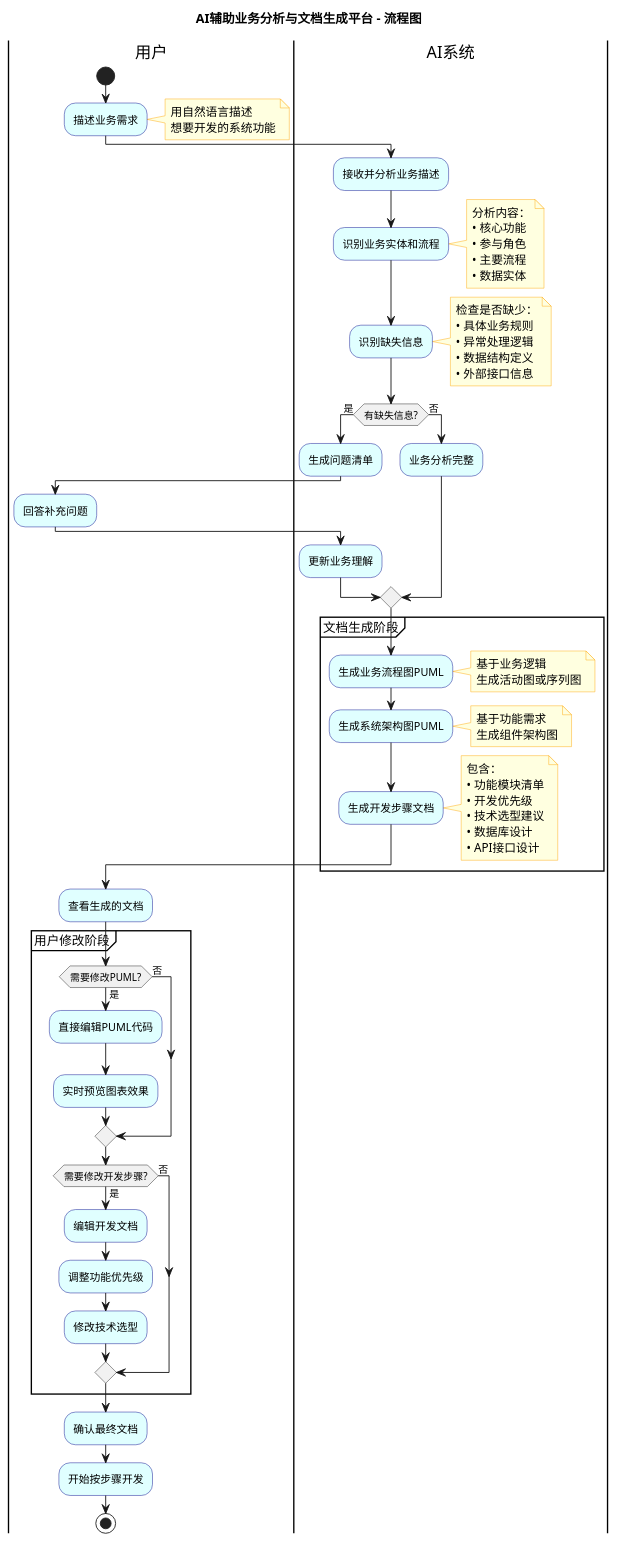
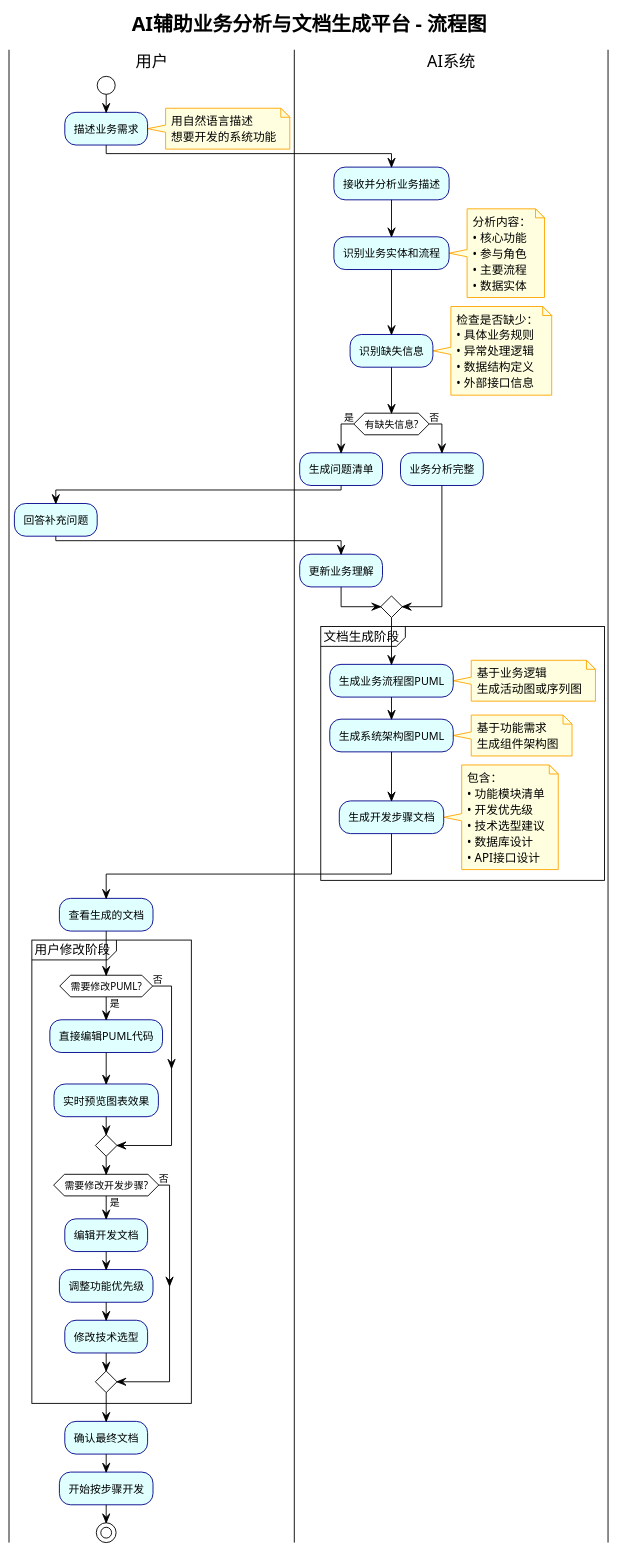
The diagram in design/business_flow.puml (lizhongxuan/plantcode), drawn with PlantUML before and after one commit. The commit also changed 12 other files, not shown here.

```diff
--- a/design/business_flow.puml
+++ b/design/business_flow.puml
@@ -1,96 +1,98 @@
 @startuml 业务流程图
+!theme plain
+skinparam defaultFontName "SimHei,Microsoft YaHei,PingFang SC,Hiragino Sans GB,WenQuanYi Micro Hei,sans-serif"
 title AI辅助业务分析与文档生成平台 - 流程图
 
 |用户|
 start
 :描述业务需求;
 note right : 用自然语言描述\n想要开发的系统功能
 
 |AI系统|
 :接收并分析业务描述;
 :识别业务实体和流程;
 note right
   分析内容：
   • 核心功能
   • 参与角色
   • 主要流程
   • 数据实体
 end note
 
 :识别缺失信息;
 note right
   检查是否缺少：
   • 具体业务规则
   • 异常处理逻辑
   • 数据结构定义
   • 外部接口信息
 end note
 
 if (有缺失信息?) then (是)
   :生成问题清单;
   |用户|
   :回答补充问题;
   |AI系统|
   :更新业务理解;
 else (否)
   :业务分析完整;
 endif
 
 partition "文档生成阶段" {
   :生成业务流程图PUML;
   note right : 基于业务逻辑\n生成活动图或序列图
   
   :生成系统架构图PUML;
   note right : 基于功能需求\n生成组件架构图
   
   :生成开发步骤文档;
   note right
     包含：
     • 功能模块清单
     • 开发优先级
     • 技术选型建议
     • 数据库设计
     • API接口设计
   end note
 }
 
 |用户|
 :查看生成的文档;
 
 partition "用户修改阶段" {
   if (需要修改PUML?) then (是)
     :直接编辑PUML代码;
     :实时预览图表效果;
   else (否)
   endif
   
   if (需要修改开发步骤?) then (是)
     :编辑开发文档;
     :调整功能优先级;
     :修改技术选型;
   else (否)
   endif
 }
 
 :确认最终文档;
 :开始按步骤开发;
 stop
 
 ' 样式定义
 skinparam activity {
   BackgroundColor lightcyan
   BorderColor darkblue
   FontSize 12
 }
 
 skinparam partition {
   BackgroundColor lightgray
   BorderColor darkgray
 }
 
 skinparam note {
   BackgroundColor lightyellow
   BorderColor orange
 }
 
 @enduml 
```
